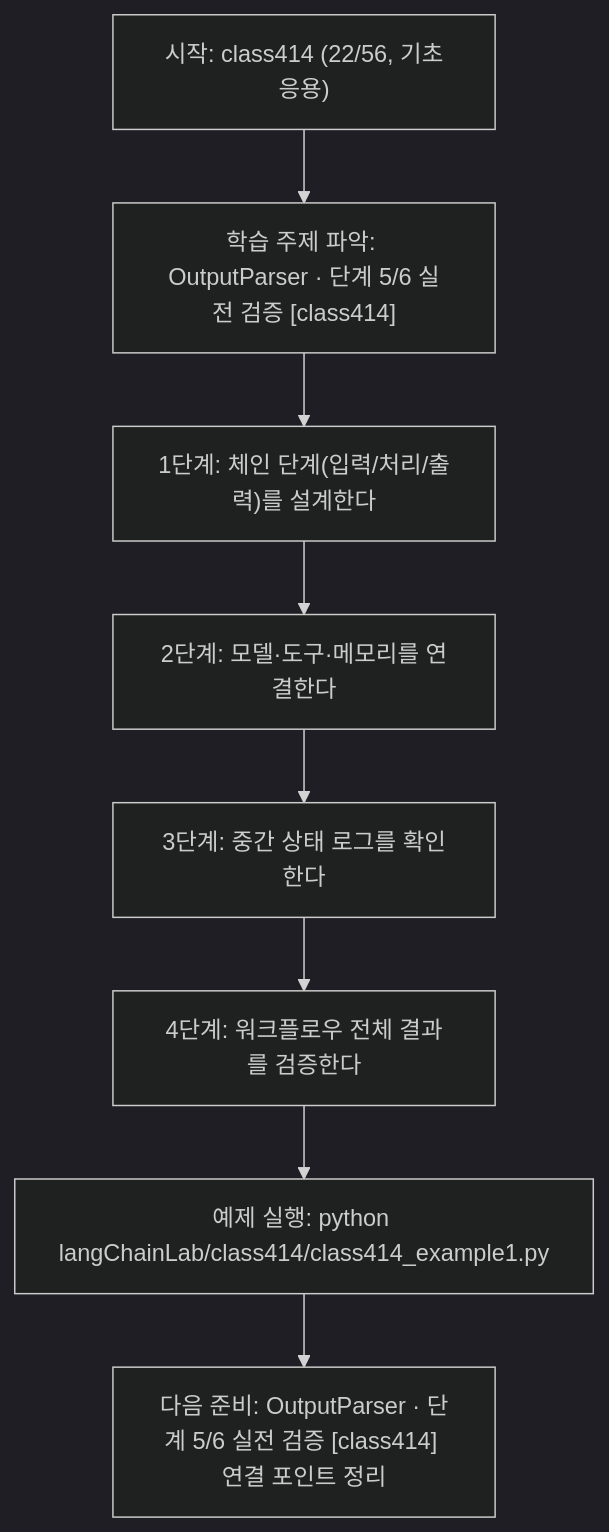
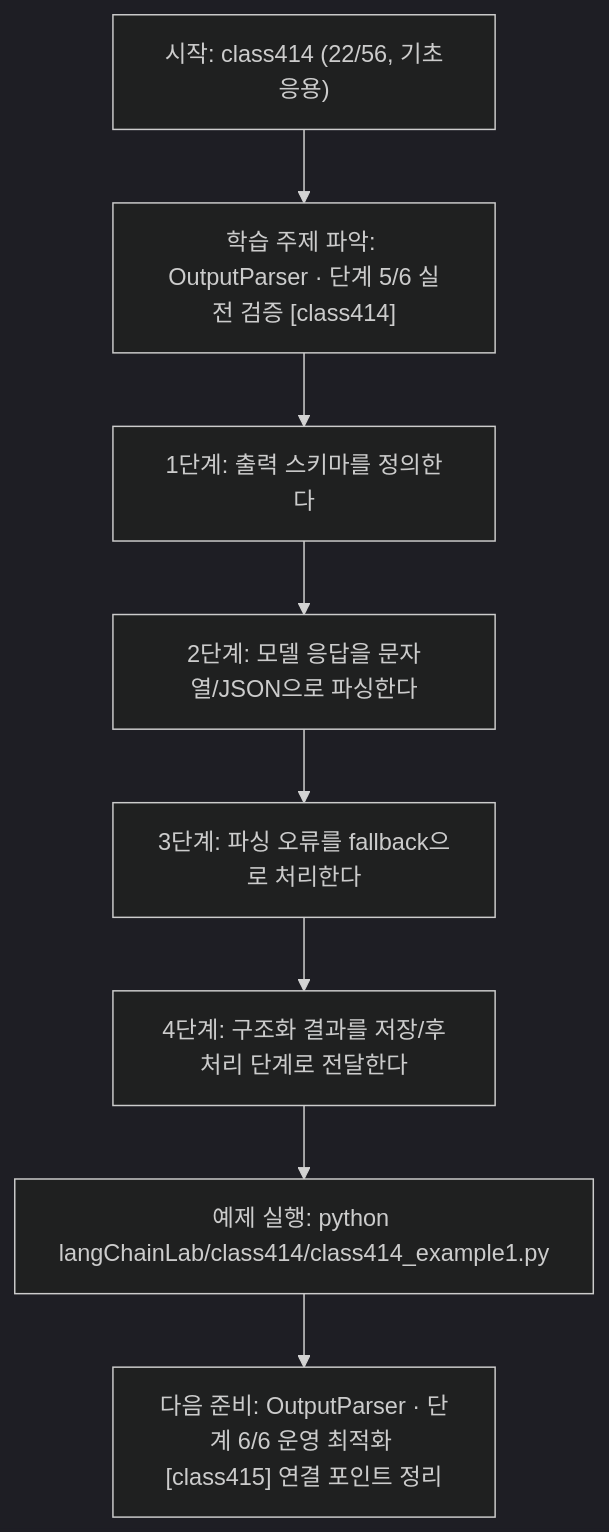
The diagram in langChainLab/class414/class414.md (edumgt/Python-AI_Agent-Class), drawn with Mermaid (dark theme) before and after one commit. The commit also changed other lines of this file and 395 other files, not shown here.

````diff
--- a/langChainLab/class414/class414.md
+++ b/langChainLab/class414/class414.md
@@ -108,18 +90,18 @@
 ```mermaid
 flowchart TD
 N1["시작: class414 (22/56, 기초응용)"]
 N2["학습 주제 파악: OutputParser · 단계 5/6 실전 검증 [class414]"]
-N3["1단계: 체인 단계(입력/처리/출력)를 설계한다"]
-N4["2단계: 모델·도구·메모리를 연결한다"]
-N5["3단계: 중간 상태 로그를 확인한다"]
-N6["4단계: 워크플로우 전체 결과를 검증한다"]
+N3["1단계: 출력 스키마를 정의한다"]
+N4["2단계: 모델 응답을 문자열/JSON으로 파싱한다"]
+N5["3단계: 파싱 오류를 fallback으로 처리한다"]
+N6["4단계: 구조화 결과를 저장/후처리 단계로 전달한다"]
 N7["예제 실행: python langChainLab/class414/class414_example1.py"]
-N8["다음 준비: OutputParser · 단계 5/6 실전 검증 [class414] 연결 포인트 정리"]
+N8["다음 준비: OutputParser · 단계 6/6 운영 최적화 [class415] 연결 포인트 정리"]
 N1 --> N2
 N2 --> N3
 N3 --> N4
 N4 --> N5
 N5 --> N6
 N6 --> N7
 N7 --> N8
 ```
````
